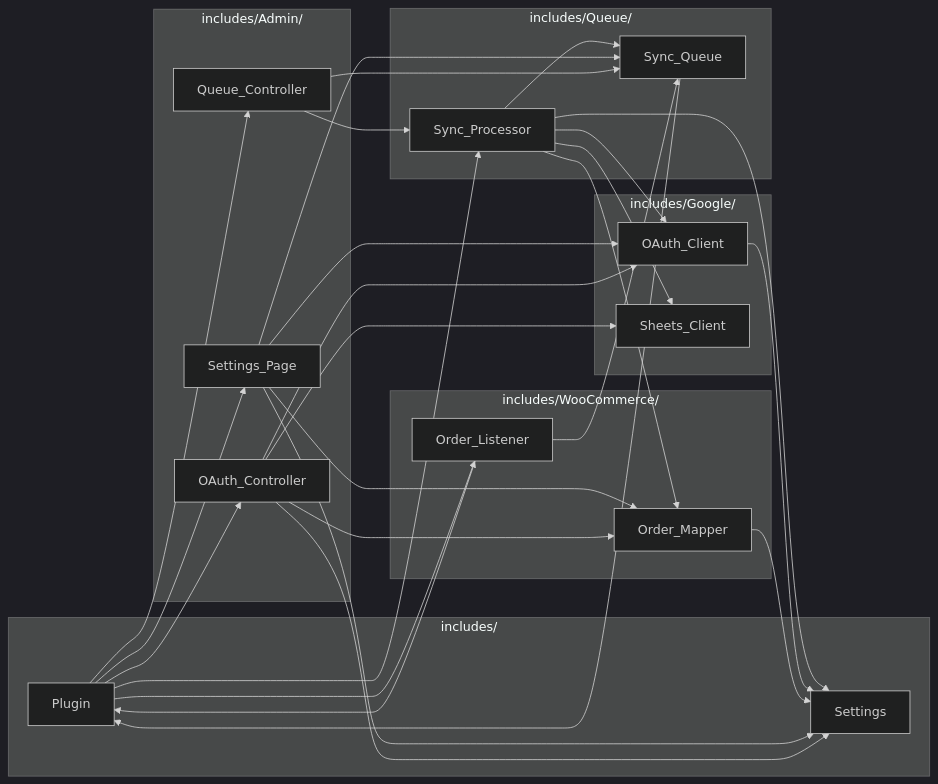
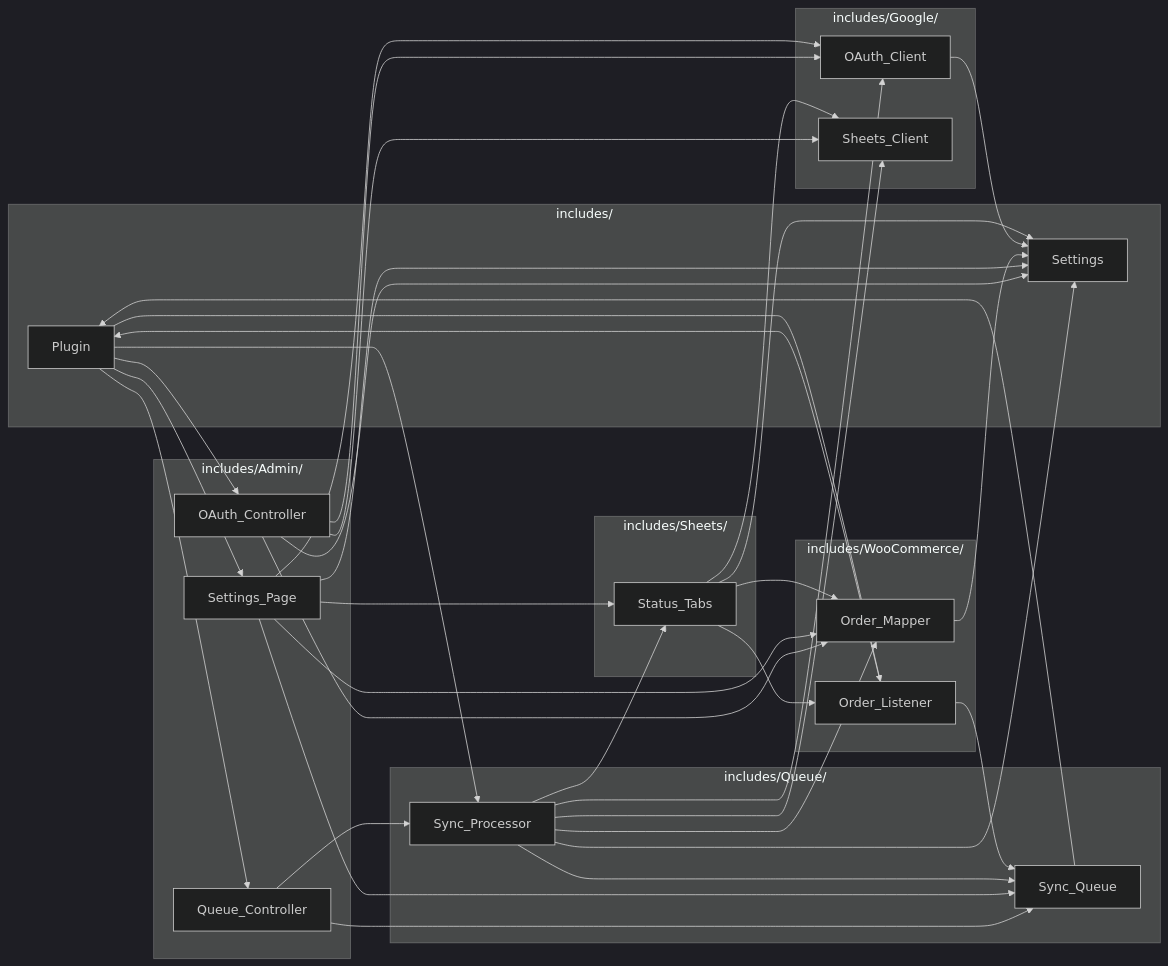
The diagram in docs/01-architecture.md (amirdev99/woo-to-google-sheets), drawn with Mermaid (dark theme) before and after one commit. The commit also changed other lines of this file and 19 other files, not shown here.

````diff
--- a/docs/01-architecture.md
+++ b/docs/01-architecture.md
@@ -223,50 +267,59 @@
 ```mermaid
 flowchart LR
     subgraph root["includes/"]
         S["Settings"]
         P["Plugin"]
     end
     subgraph wc["includes/WooCommerce/"]
         OL["Order_Listener"]
         OM["Order_Mapper"]
     end
     subgraph q["includes/Queue/"]
         SQ["Sync_Queue"]
         SP["Sync_Processor"]
     end
     subgraph g["includes/Google/"]
         OC["OAuth_Client"]
         SC["Sheets_Client"]
     end
+    subgraph sh["includes/Sheets/"]
+        ST["Status_Tabs"]
+    end
     subgraph adm["includes/Admin/"]
         SPG["Settings_Page"]
         OCT["OAuth_Controller"]
         QCT["Queue_Controller"]
     end
 
     OL --> SQ
     OL --> P
     SP --> SQ
     SP --> OM
     SP --> OC
     SP --> SC
     SP --> S
+    SP --> ST
+    ST --> S
+    ST --> SC
+    ST --> OM
+    ST --> OL
+    SPG --> ST
     SQ --> P
     OC --> S
     OM --> S
     SPG --> S
     SPG --> OC
     SPG --> SQ
     SPG --> OM
     OCT --> S
     OCT --> OC
     OCT --> SC
     OCT --> OM
     QCT --> SQ
     QCT --> SP
     P --> OL
     P --> SP
     P --> SPG
     P --> OCT
     P --> QCT
 ```
````
